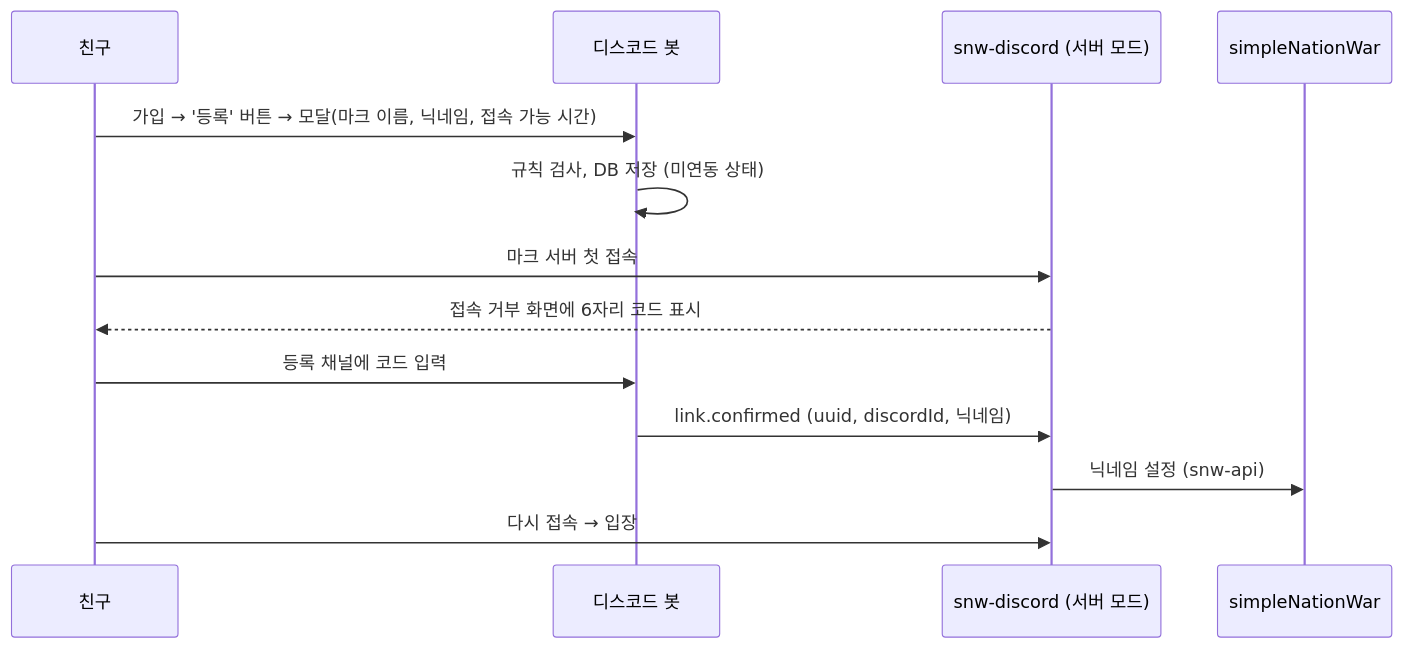
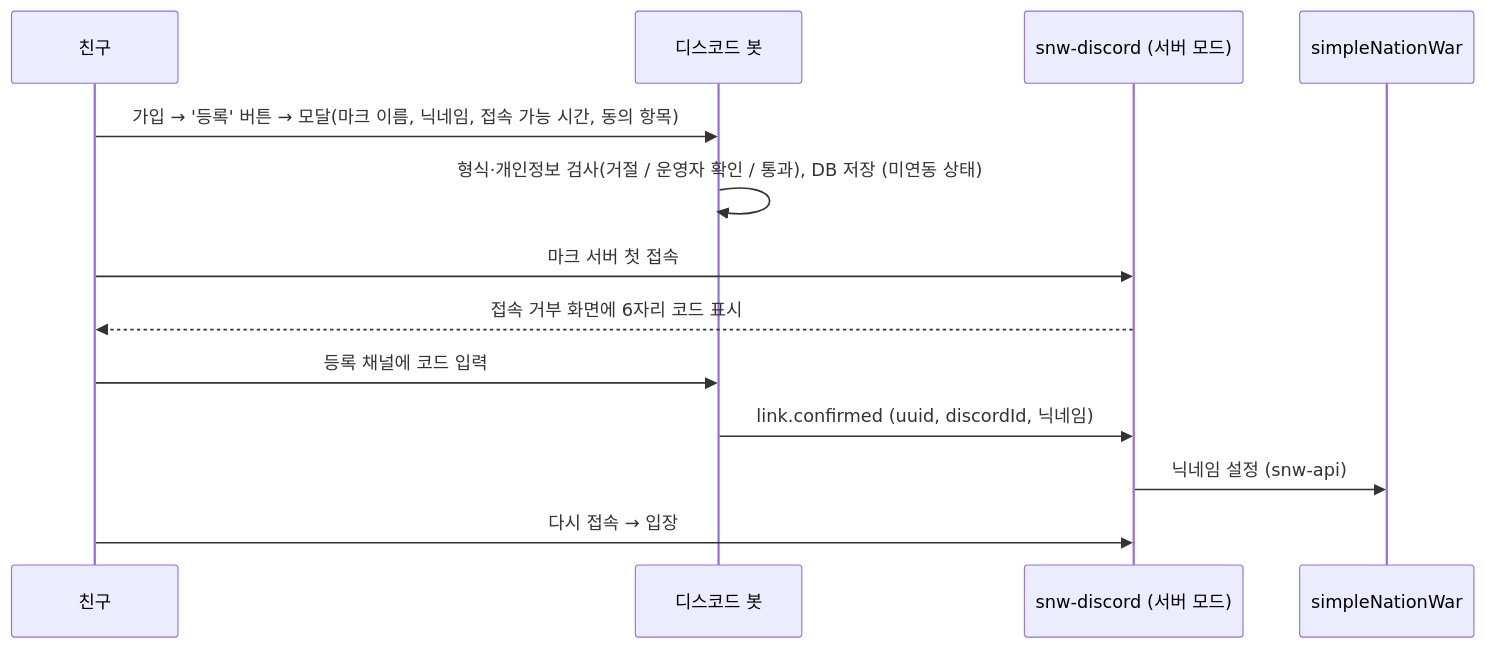
One commit to menonng/simpleNationWar changed the diagram in docs/design/nickname.md. Above: the diagram before and after it, drawn with Mermaid. The commit also changed other lines of this file and 39 other files, not shown here.

````diff
--- a/docs/design/nickname.md
+++ b/docs/design/nickname.md
@@ -54,15 +75,15 @@
 ```mermaid
 sequenceDiagram
   participant U as 친구
   participant B as 디스코드 봇
   participant M as snw-discord (서버 모드)
   participant S as simpleNationWar
-  U->>B: 가입 → '등록' 버튼 → 모달(마크 이름, 닉네임, 접속 가능 시간)
-  B->>B: 규칙 검사, DB 저장 (미연동 상태)
+  U->>B: 가입 → '등록' 버튼 → 모달(마크 이름, 닉네임, 접속 가능 시간, 동의 항목)
+  B->>B: 형식·개인정보 검사(거절 / 운영자 확인 / 통과), DB 저장 (미연동 상태)
   U->>M: 마크 서버 첫 접속
   M-->>U: 접속 거부 화면에 6자리 코드 표시
   U->>B: 등록 채널에 코드 입력
   B->>M: link.confirmed (uuid, discordId, 닉네임)
   M->>S: 닉네임 설정 (snw-api)
   U->>M: 다시 접속 → 입장
 ```
````
